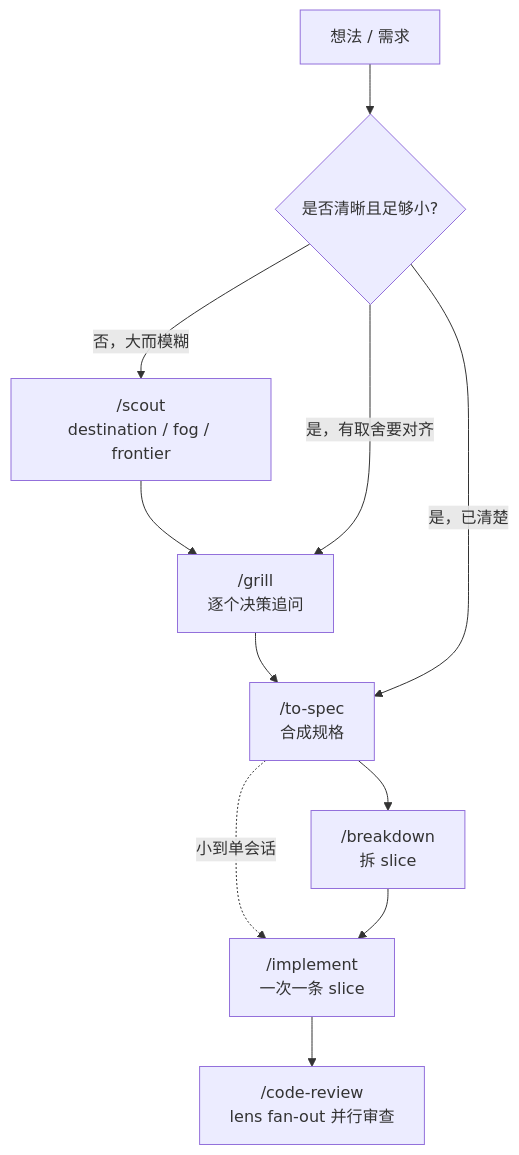
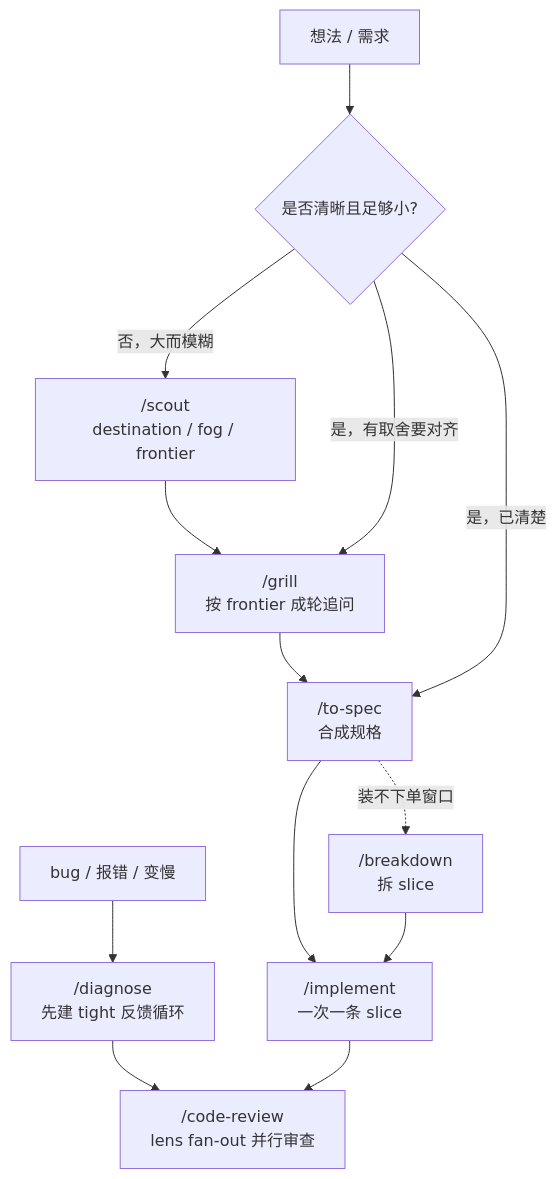
The diagram in README.md (wolf-0973/skills), drawn with Mermaid before and after one commit. The commit also changed other lines of this file and 15 other files, not shown here.

````diff
--- a/README.md
+++ b/README.md
@@ -48,13 +52,15 @@
 ```mermaid
 flowchart TD
   A[想法 / 需求] --> B{是否清晰且足够小?}
   B -- 否，大而模糊 --> R["/scout<br/>destination / fog / frontier"]
-  R --> G["/grill<br/>逐个决策追问"]
+  R --> G["/grill<br/>按 frontier 成轮追问"]
   G --> S["/to-spec<br/>合成规格"]
   B -- 是，有取舍要对齐 --> G
   B -- 是，已清楚 --> S
-  S --> T["/breakdown<br/>拆 slice"]
-  S -. 小到单会话 .-> I
+  S --> I
+  S -. 装不下单窗口 .-> T["/breakdown<br/>拆 slice"]
   T --> I["/implement<br/>一次一条 slice"]
+  BUG[bug / 报错 / 变慢] --> D["/diagnose<br/>先建 tight 反馈循环"]
+  D --> C
   I --> C["/code-review<br/>lens fan-out 并行审查"]
 ```
````
